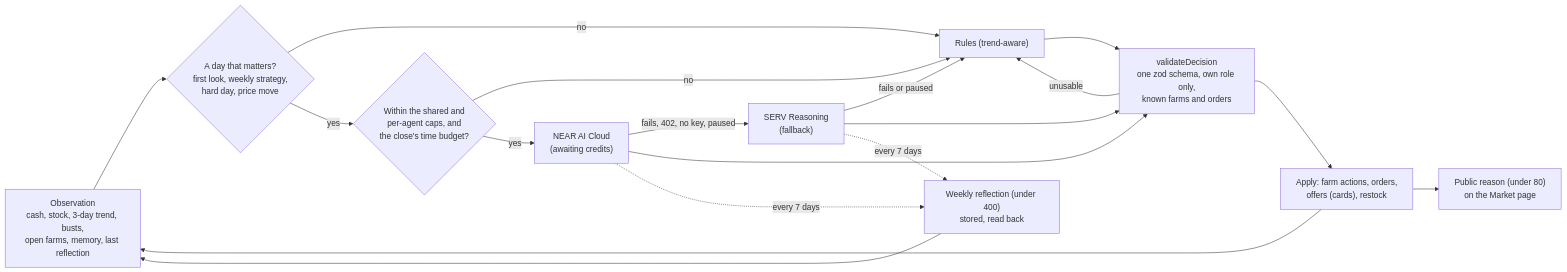
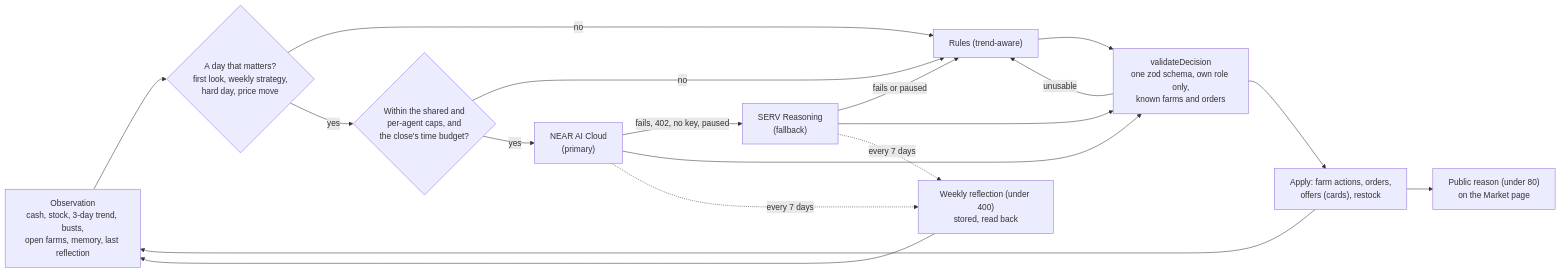
Before and after one commit to iam25th1/chickens-of-yolk-street: the third of 7 diagrams in README.md, drawn with Mermaid. The commit also changed other lines of this file and 4 other files, not shown here.

````diff
--- a/README.md
+++ b/README.md
@@ -465,29 +465,29 @@
 ```mermaid
 flowchart LR
   obs["Observation<br/>cash, stock, 3-day trend, busts,<br/>open farms, memory, last reflection"]
   matters{"A day that matters?<br/>first look, weekly strategy,<br/>hard day, price move"}
   caps{"Within the shared and<br/>per-agent caps, and<br/>the close's time budget?"}
-  near["NEAR AI Cloud<br/>(awaiting credits)"]
+  near["NEAR AI Cloud<br/>(primary)"]
   serv["SERV Reasoning<br/>(fallback)"]
   rules["Rules (trend-aware)"]
   val["validateDecision<br/>one zod schema, own role only,<br/>known farms and orders"]
   apply["Apply: farm actions, orders,<br/>offers (cards), restock"]
   pub["Public reason (under 80)<br/>on the Market page"]
   refl["Weekly reflection (under 400)<br/>stored, read back"]
   obs --> matters
   matters -- no --> rules
   matters -- yes --> caps
   caps -- no --> rules
   caps -- yes --> near
   near -- "fails, 402, no key, paused" --> serv
   serv -- "fails or paused" --> rules
   near --> val
   serv --> val
   rules --> val
   val -- unusable --> rules
   val --> apply --> pub
   near -. every 7 days .-> refl
   serv -. every 7 days .-> refl
   refl --> obs
   apply --> obs
 ```
````
